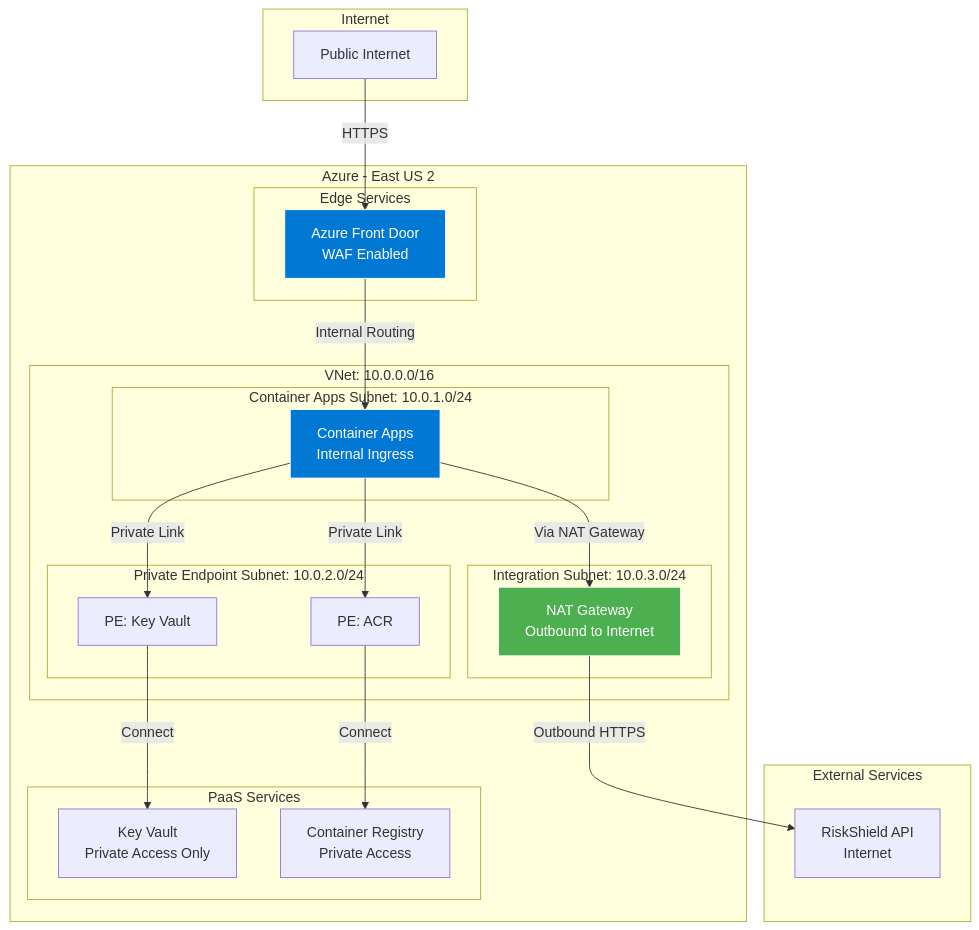
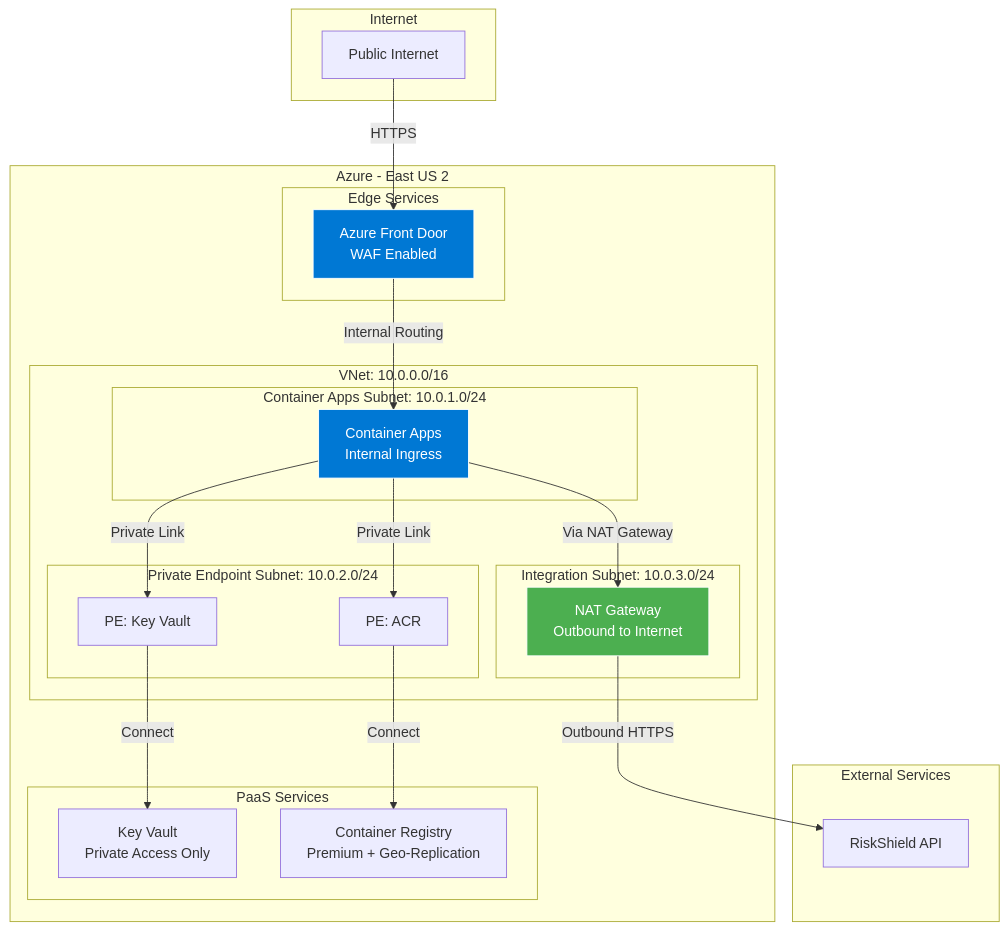
Before and after one commit to sachajw/career-pollinate-assessment: the sixth of 7 diagrams in documentation/architecture/architecture-diagram.md, drawn with Mermaid. The commit also changed other lines of this file and 10 other files, not shown here.

Commit message:
📦 REFACTOR: remove architecture summary

````diff
--- a/documentation/architecture/architecture-diagram.md
+++ b/documentation/architecture/architecture-diagram.md
@@ -305,49 +253,49 @@
 ```mermaid
 graph TB
     subgraph "Internet"
         INTERNET[Public Internet]
     end
 
     subgraph "Azure - East US 2"
         subgraph "Edge Services"
             AFD[Azure Front Door<br/>WAF Enabled]
         end
 
         subgraph "VNet: 10.0.0.0/16"
             subgraph "Container Apps Subnet: 10.0.1.0/24"
                 ACA[Container Apps<br/>Internal Ingress]
             end
 
             subgraph "Private Endpoint Subnet: 10.0.2.0/24"
                 PE_KV[PE: Key Vault]
                 PE_ACR[PE: ACR]
             end
 
             subgraph "Integration Subnet: 10.0.3.0/24"
                 NAT[NAT Gateway<br/>Outbound to Internet]
             end
         end
 
         subgraph "PaaS Services"
             KV[Key Vault<br/>Private Access Only]
-            ACR[Container Registry<br/>Private Access]
+            ACR[Container Registry<br/>Premium + Geo-Replication]
         end
     end
 
     subgraph "External Services"
-        RISK[RiskShield API<br/>Internet]
+        RISK[RiskShield API]
     end
 
     INTERNET -->|HTTPS| AFD
     AFD -->|Internal Routing| ACA
     ACA -->|Private Link| PE_KV
     ACA -->|Private Link| PE_ACR
     PE_KV -->|Connect| KV
     PE_ACR -->|Connect| ACR
     ACA -->|Via NAT Gateway| NAT
     NAT -->|Outbound HTTPS| RISK
 
     style AFD fill:#0078d4,stroke:#fff,color:#fff
     style ACA fill:#0078d4,stroke:#fff,color:#fff
     style NAT fill:#4caf50,stroke:#fff,color:#fff
 ```
````
